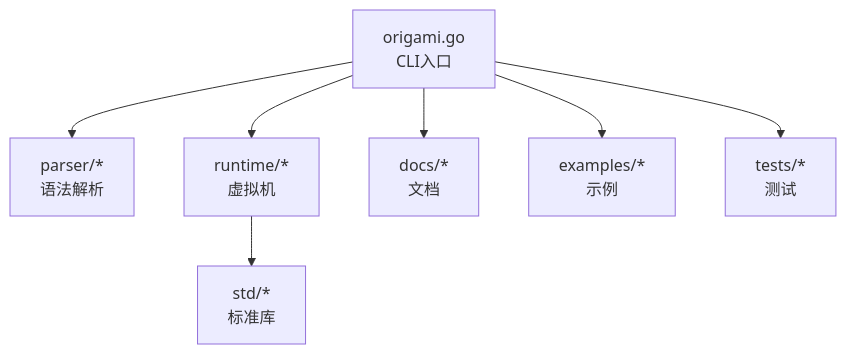
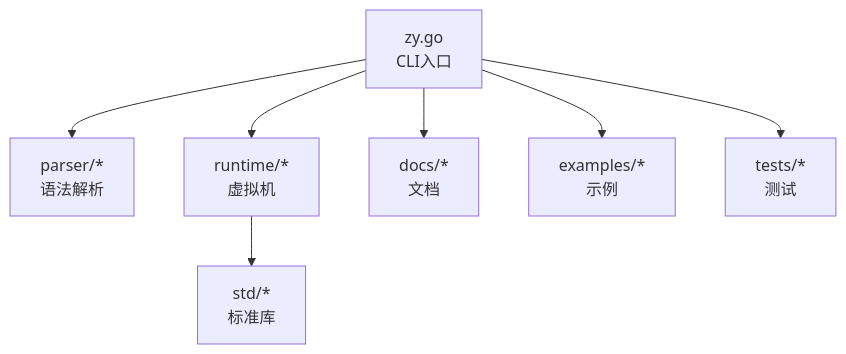
The first of 7 diagrams in .qoder/repowiki/zh/content/项目概述.md (php-any/origami), drawn with Mermaid before and after one commit. The commit also changed other lines of this file and 21 other files, not shown here.

````diff
--- a/.qoder/repowiki/zh/content/项目概述.md
+++ b/.qoder/repowiki/zh/content/项目概述.md
@@ -54,9 +54,9 @@
 ```mermaid
 graph TB
-CLI["origami.go<br/>CLI入口"] --> Parser["parser/*<br/>语法解析"]
+CLI["zy.go<br/>CLI入口"] --> Parser["parser/*<br/>语法解析"]
 CLI --> Runtime["runtime/*<br/>虚拟机"]
 Runtime --> Std["std/*<br/>标准库"]
 CLI --> Docs["docs/*<br/>文档"]
 CLI --> Examples["examples/*<br/>示例"]
 CLI --> Tests["tests/*<br/>测试"]
 ```
````
